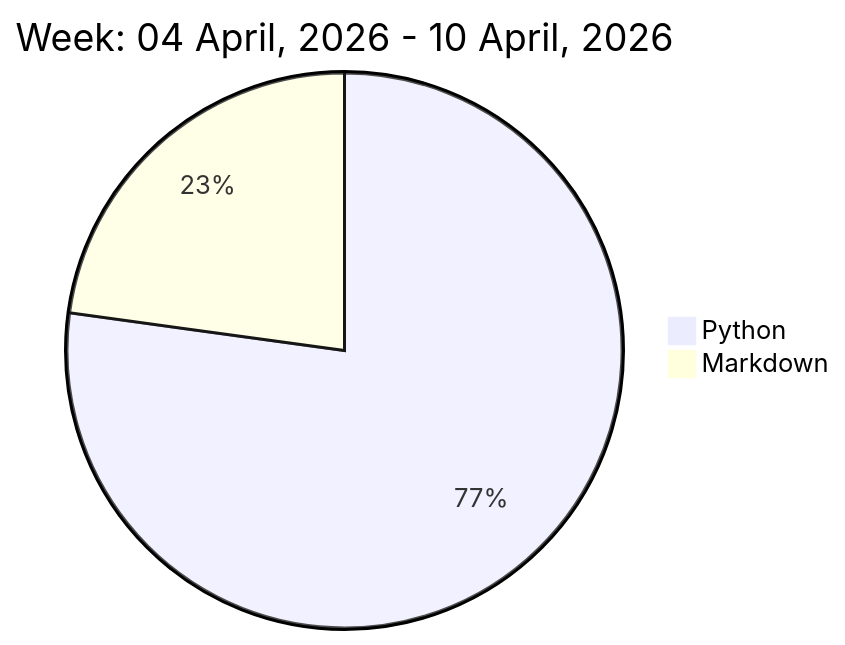
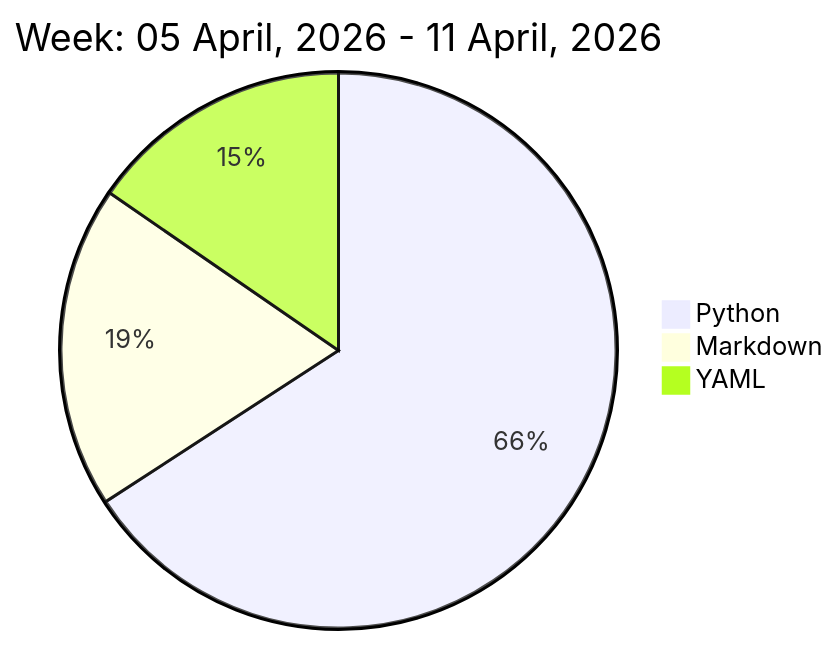
The diagram in README.md (liubin95/liubin95), drawn with Mermaid before and after one commit.

Commit message:
Updated the Graph with new Metrics

````diff
--- a/README.md
+++ b/README.md
@@ -32,6 +32,7 @@
 ```mermaid
  pie
-title Week: 04 April, 2026 - 10 April, 2026
- "Python" : 9.7
- "Markdown" : 2.87
+title Week: 05 April, 2026 - 11 April, 2026
+ "Python" : 11.33
+ "Markdown" : 3.23
+ "YAML" : 2.65
 ```
````
